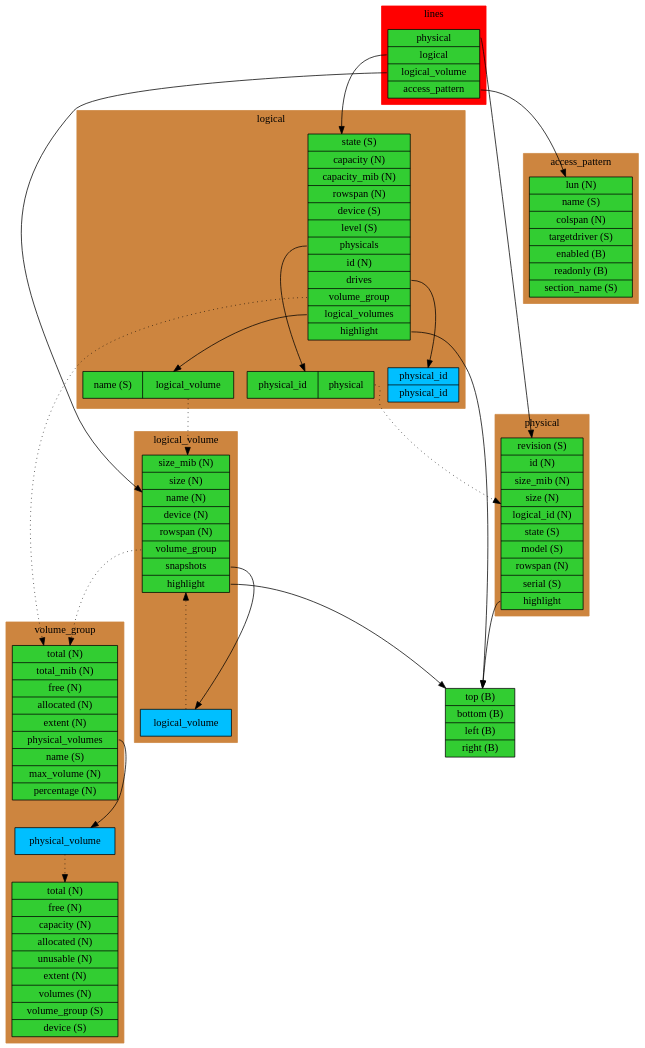
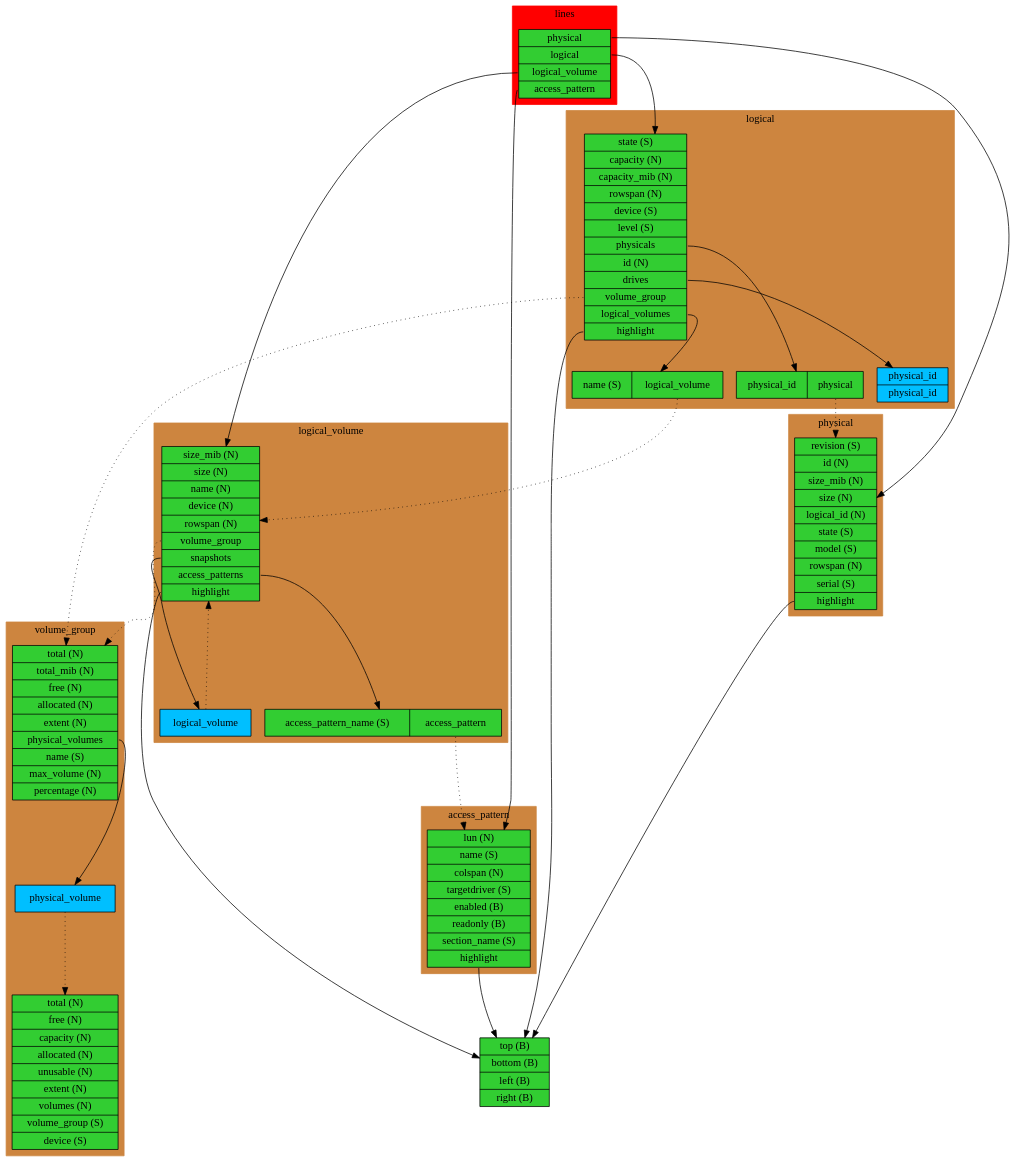
Before and after one commit to ETegro/OpenSAN: the diagram in docs/luci/description_lines.dot, drawn with Graphviz.

Commit message:
Overall lines describing scheme update Signed-off-by: Sergey Matveev <stargrave@stargrave.org>

```diff
--- a/docs/luci/description_lines.dot
+++ b/docs/luci/description_lines.dot
@@ -1,75 +1,79 @@
 digraph {
 	node [ shape = "record", style = "filled" ];
 	style = "filled";
 	color = "peru";
 	overlap = "false";
 	bgcolor = "transparent";
 
 	subgraph cluster_lines {
 		label = "lines";
 		color = "red";
 		node_lines [ label = "{ <physical>physical | <logical>logical | <logical_volume>logical_volume | <access_pattern>access_pattern }", fillcolor = "limegreen" ];
 	}
 
 	subgraph cluster_physical {
 		label = "physical";
 
 		node_physical [ label = "{ revision (S) | id (N) | size_mib (N) | size (N) | logical_id (N) | state (S) | model (S) | rowspan (N) | serial (S) | <highlight>highlight }", fillcolor = "limegreen" ];
 	}
 
 	subgraph cluster_volume_group {
 		label = "volume_group";
 
 		node_physical_volume [ label = "{ total (N) | free (N) | capacity (N) | allocated (N) | unusable (N) | extent (N) | volumes (N) | volume_group (S) | device (S) }", fillcolor = "limegreen" ];
 
 		node_volume_group [ label = "{ total (N) | total_mib (N) | free (N) | allocated (N) | extent (N) | <physical_volumes>physical_volumes | name (S) | max_volume (N) | percentage (N) }", fillcolor = "limegreen" ];
 		node_volume_group_physical_volumes [ label = "<physical_volume>physical_volume", fillcolor = "deepskyblue" ];
 		node_volume_group_physical_volumes:physical_volume -> node_physical_volume [ style = "dotted" ];
 		node_volume_group:physical_volumes -> node_volume_group_physical_volumes;
 	}
 
 	subgraph cluster_logical_volume {
 		label = "logical_volume";
 
-		node_logical_volume [ label = "{ size_mib (N) | size (N) | name (N) | device (N) | rowspan (N) | <volume_group>volume_group | <snapshots>snapshots | <highlight>highlight }", fillcolor = "limegreen" ];
+		node_logical_volume [ label = "{ size_mib (N) | size (N) | name (N) | device (N) | rowspan (N) | <volume_group>volume_group | <snapshots>snapshots | <access_patterns>access_patterns | <highlight>highlight }", fillcolor = "limegreen" ];
 		node_logical_volume_snapshots [ label = "{ <logical_volume>logical_volume }", fillcolor = "deepskyblue" ];
+		node_logical_volume_access_patterns [ label = "<access_pattern_name>access_pattern_name (S) | <access_pattern>access_pattern", fillcolor = "limegreen" ];
 
 		node_logical_volume:snapshots -> node_logical_volume_snapshots;
 		node_logical_volume_snapshots:logical_volume -> node_logical_volume [ style = "dotted" ];
 		node_logical_volume:volume_group -> node_volume_group [ style = "dotted" ];
+		node_logical_volume:access_patterns -> node_logical_volume_access_patterns;
 	}
 
 	subgraph cluster_logical {
 		label = "logical";
 
 		node_logical [ label = "{ state (S) | capacity (N) | capacity_mib (N) | rowspan (N) | device (S) | level (S) | <physicals>physicals | id (N) | <drives>drives | <volume_group>volume_group | <logical_volumes>logical_volumes | <highlight>highlight }", fillcolor = "limegreen" ];
 		node_logical_drives [ label = "{ physical_id | physical_id }", fillcolor = "deepskyblue" ];
 
 		node_logical_physicals [ label = "physical_id | <physical>physical", fillcolor = "limegreen" ];
 		node_logical_physicals:physical -> node_physical [ style = "dotted" ];
 
 		node_logical_logical_volumes [ label = "name (S) | <logical_volume>logical_volume", fillcolor = "limegreen" ];
 		node_logical_logical_volumes:logical_volume -> node_logical_volume [ style = "dotted" ];
 
 		node_logical:drives -> node_logical_drives;
 		node_logical:physicals -> node_logical_physicals;
 		node_logical:volume_group -> node_volume_group [ style = "dotted" ];
 		node_logical:logical_volumes -> node_logical_logical_volumes;
 	}
 
 	subgraph cluster_access_pattern {
 		label = "access_pattern";
 
-		node_access_pattern [ label = "{ lun (N) | name (S) | colspan (N) | targetdriver (S) | enabled (B) | readonly (B) | section_name (S) }", fillcolor = "limegreen" ];
+		node_access_pattern [ label = "{ lun (N) | name (S) | colspan (N) | targetdriver (S) | enabled (B) | readonly (B) | section_name (S) | <highlight>highlight }", fillcolor = "limegreen" ];
 	}
+	node_logical_volume_access_patterns:access_pattern -> node_access_pattern [ style ="dotted" ];
 
 	node_highlight [ label = "{ top (B) | bottom (B) | left (B) | right (B) }", fillcolor = "limegreen" ];
 	node_physical:highlight -> node_highlight;
 	node_logical_volume:highlight -> node_highlight;
 	node_logical:highlight -> node_highlight;
+	node_access_pattern:highlight -> node_highlight;
 
 	node_lines:physical -> node_physical;
 	node_lines:logical_volume -> node_logical_volume;
 	node_lines:logical -> node_logical;
 	node_lines:access_pattern -> node_access_pattern;
 }
```
